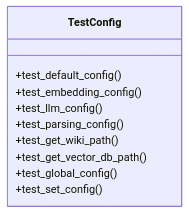
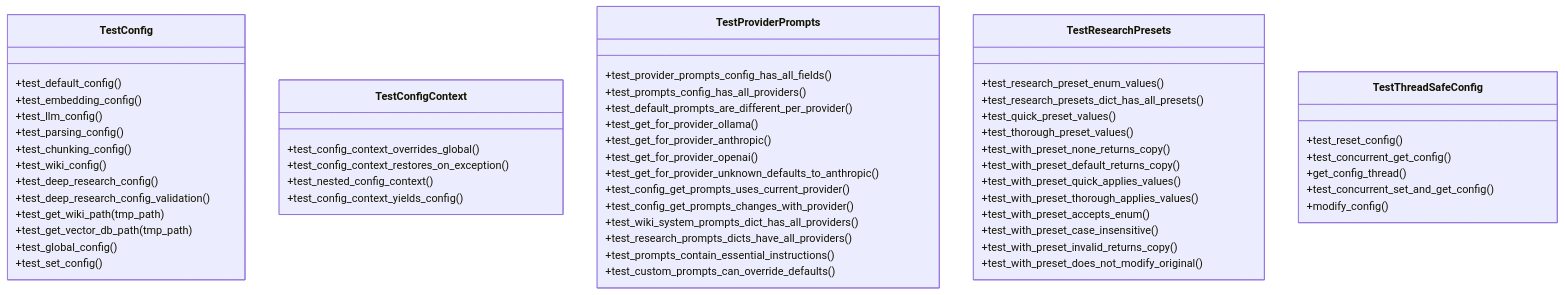
One commit to UrbanDiver/local-deepwiki-mcp changed the first of 2 diagrams in .deepwiki/files/tests/test_config.md. Above: the diagram before and after it, drawn with Mermaid. The commit also changed other lines of this file and 35 other files, not shown here.

````diff
--- a/.deepwiki/files/tests/test_config.md
+++ b/.deepwiki/files/tests/test_config.md
@@ -65,13 +555,59 @@
 ```mermaid
 classDiagram
     class TestConfig {
         +test_default_config()
         +test_embedding_config()
         +test_llm_config()
         +test_parsing_config()
-        +test_get_wiki_path()
-        +test_get_vector_db_path()
+        +test_chunking_config()
+        +test_wiki_config()
+        +test_deep_research_config()
+        +test_deep_research_config_validation()
+        +test_get_wiki_path(tmp_path)
+        +test_get_vector_db_path(tmp_path)
         +test_global_config()
         +test_set_config()
     }
+    class TestConfigContext {
+        +test_config_context_overrides_global()
+        +test_config_context_restores_on_exception()
+        +test_nested_config_context()
+        +test_config_context_yields_config()
+    }
+    class TestProviderPrompts {
+        +test_provider_prompts_config_has_all_fields()
+        +test_prompts_config_has_all_providers()
+        +test_default_prompts_are_different_per_provider()
+        +test_get_for_provider_ollama()
+        +test_get_for_provider_anthropic()
+        +test_get_for_provider_openai()
+        +test_get_for_provider_unknown_defaults_to_anthropic()
+        +test_config_get_prompts_uses_current_provider()
+        +test_config_get_prompts_changes_with_provider()
+        +test_wiki_system_prompts_dict_has_all_providers()
+        +test_research_prompts_dicts_have_all_providers()
+        +test_prompts_contain_essential_instructions()
+        +test_custom_prompts_can_override_defaults()
+    }
+    class TestResearchPresets {
+        +test_research_preset_enum_values()
+        +test_research_presets_dict_has_all_presets()
+        +test_quick_preset_values()
+        +test_thorough_preset_values()
+        +test_with_preset_none_returns_copy()
+        +test_with_preset_default_returns_copy()
+        +test_with_preset_quick_applies_values()
+        +test_with_preset_thorough_applies_values()
+        +test_with_preset_accepts_enum()
+        +test_with_preset_case_insensitive()
+        +test_with_preset_invalid_returns_copy()
+        +test_with_preset_does_not_modify_original()
+    }
+    class TestThreadSafeConfig {
+        +test_reset_config()
+        +test_concurrent_get_config()
+        +get_config_thread()
+        +test_concurrent_set_and_get_config()
+        +modify_config()
+    }
 ```
````
